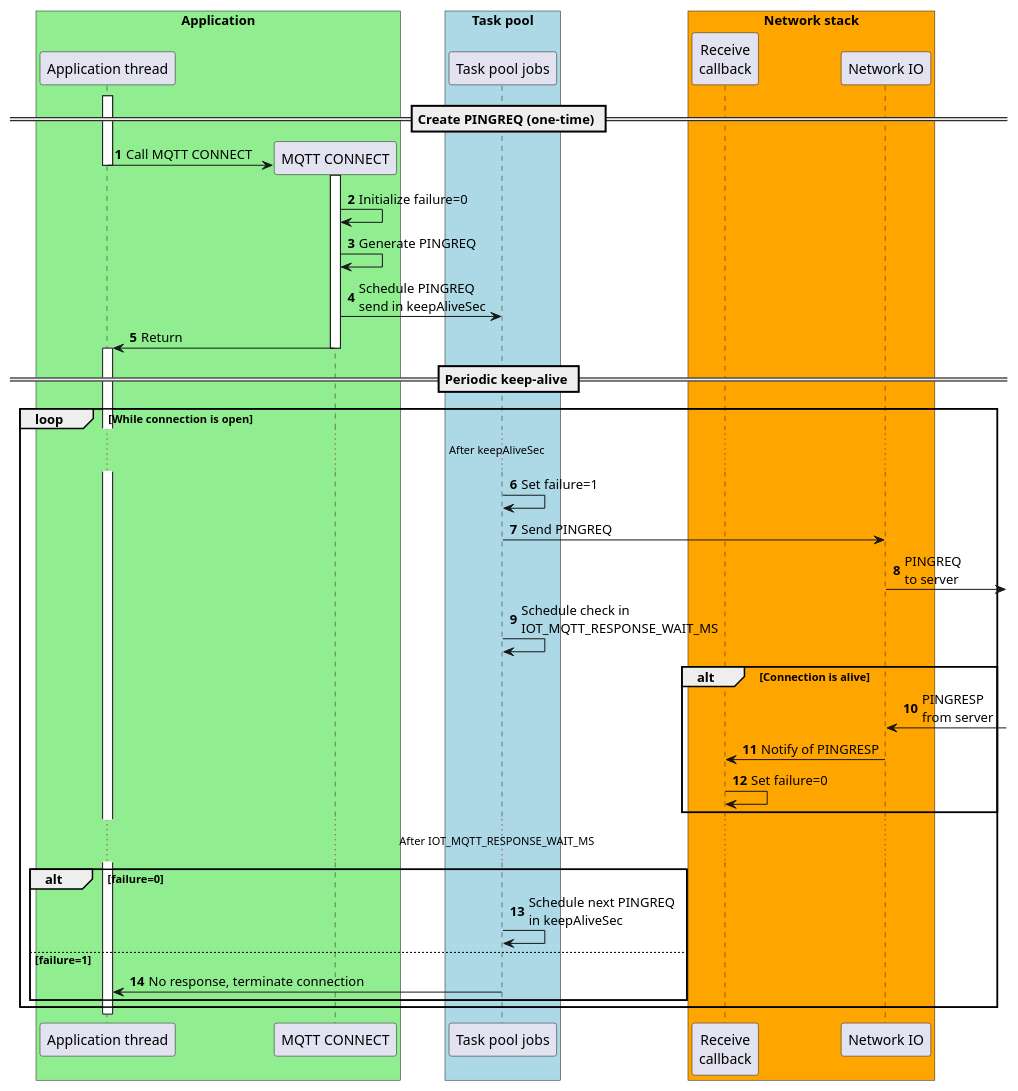
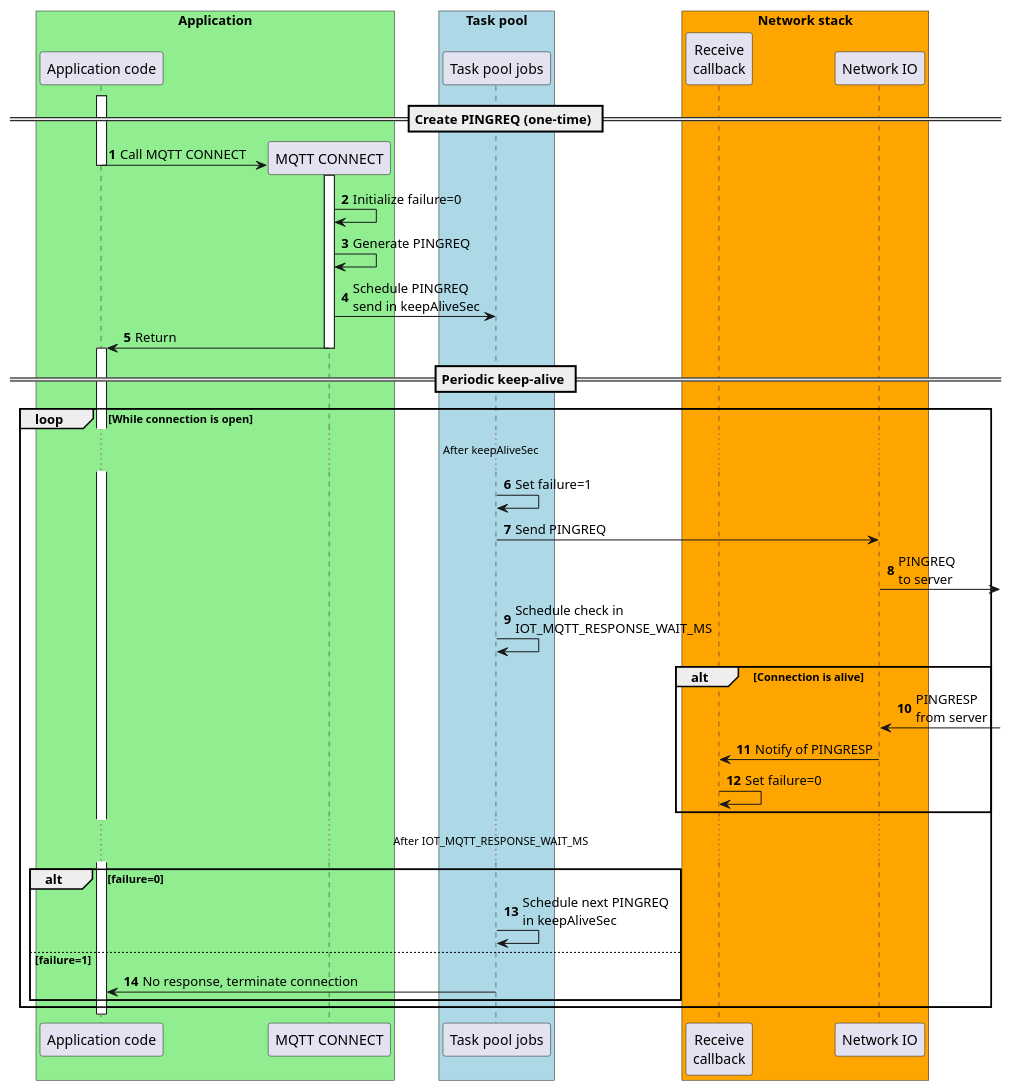
One commit to aws/aws-iot-device-sdk-embedded-C changed the diagram in doc/plantuml/mqtt_design_keepalive.pu. Above: the diagram before and after it, drawn with PlantUML. The commit also changed 4 other files, not shown here.

Commit message:
Update application name in diagram

```diff
--- a/doc/plantuml/mqtt_design_keepalive.pu
+++ b/doc/plantuml/mqtt_design_keepalive.pu
@@ -1,57 +1,57 @@
 @startuml
 skinparam classFontSize 8
 skinparam classFontName Helvetica
 autonumber
 
 box "Application" #LightGreen
-    participant "Application thread" as application
+    participant "Application code" as application
     create participant "MQTT CONNECT" as api
 end box
 
 box "Task pool" #LightBlue
     participant "Task pool jobs" as task_pool
 end box
 
 box "Network stack" #Orange
     participant "Receive\ncallback" as receive_callback
     participant "Network IO" as network
 end box
 
 == Create PINGREQ (one-time) ==
 activate application
 application -> api: Call MQTT CONNECT
 deactivate application
 activate api
 api -> api: Initialize failure=0
 api -> api: Generate PINGREQ
 api -> task_pool: Schedule PINGREQ\nsend in keepAliveSec
 api -> application: Return
 deactivate api
 activate application
 
 == Periodic keep-alive ==
 
 loop While connection is open
     ... After keepAliveSec ...
     task_pool -> task_pool: Set failure=1
     task_pool -> network: Send PINGREQ
     network -> : PINGREQ\nto server
     task_pool -> task_pool: Schedule check in\nIOT_MQTT_RESPONSE_WAIT_MS
 
     alt Connection is alive
         network <- : PINGRESP\nfrom server
         network -> receive_callback: Notify of PINGRESP
         receive_callback -> receive_callback: Set failure=0
     end
 
     ... After IOT_MQTT_RESPONSE_WAIT_MS ...
     alt failure=0
         task_pool -> task_pool: Schedule next PINGREQ\nin keepAliveSec
     else failure=1
         task_pool -> application: No response, terminate connection
     end
 end
 
 deactivate application
 
 @enduml
```
